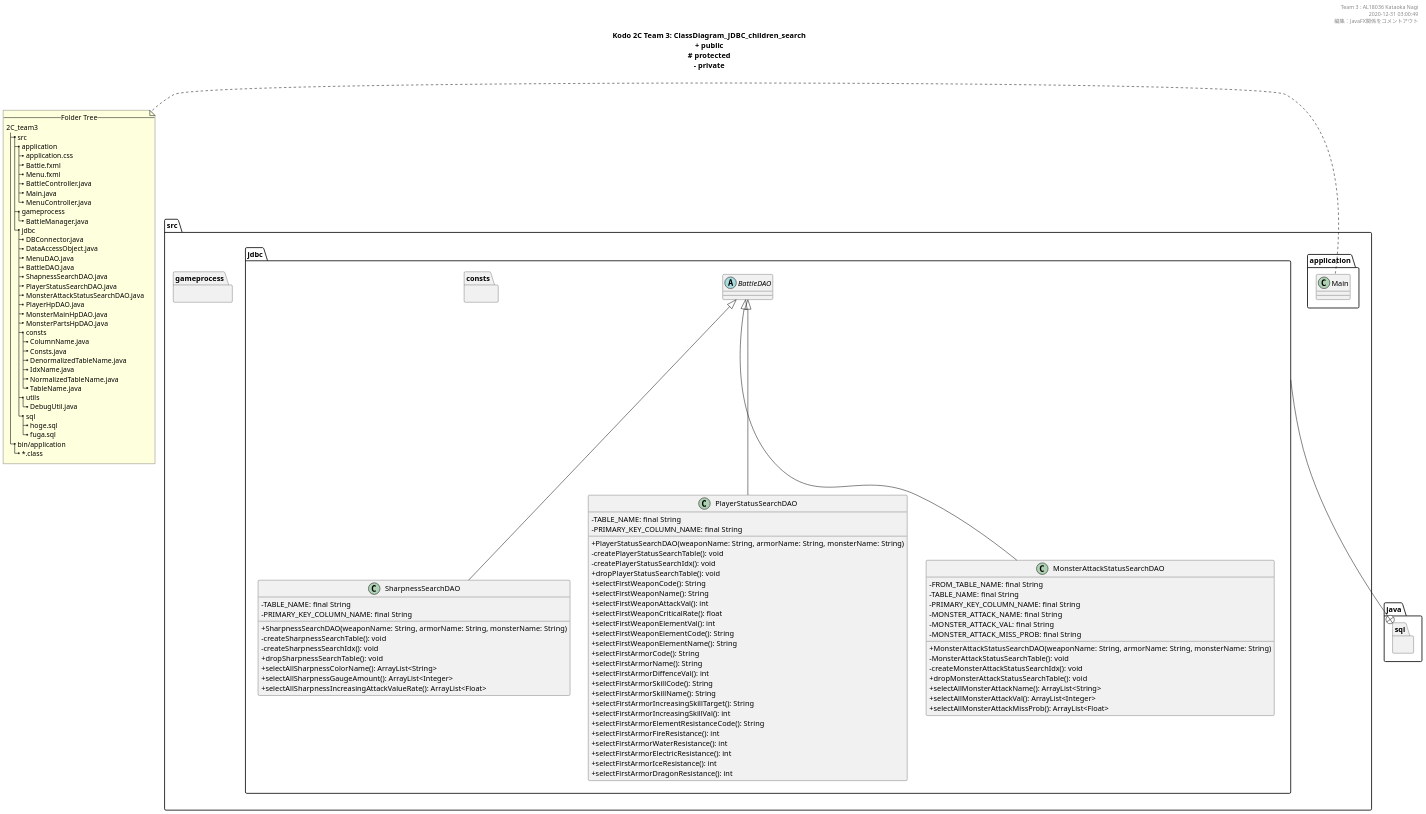
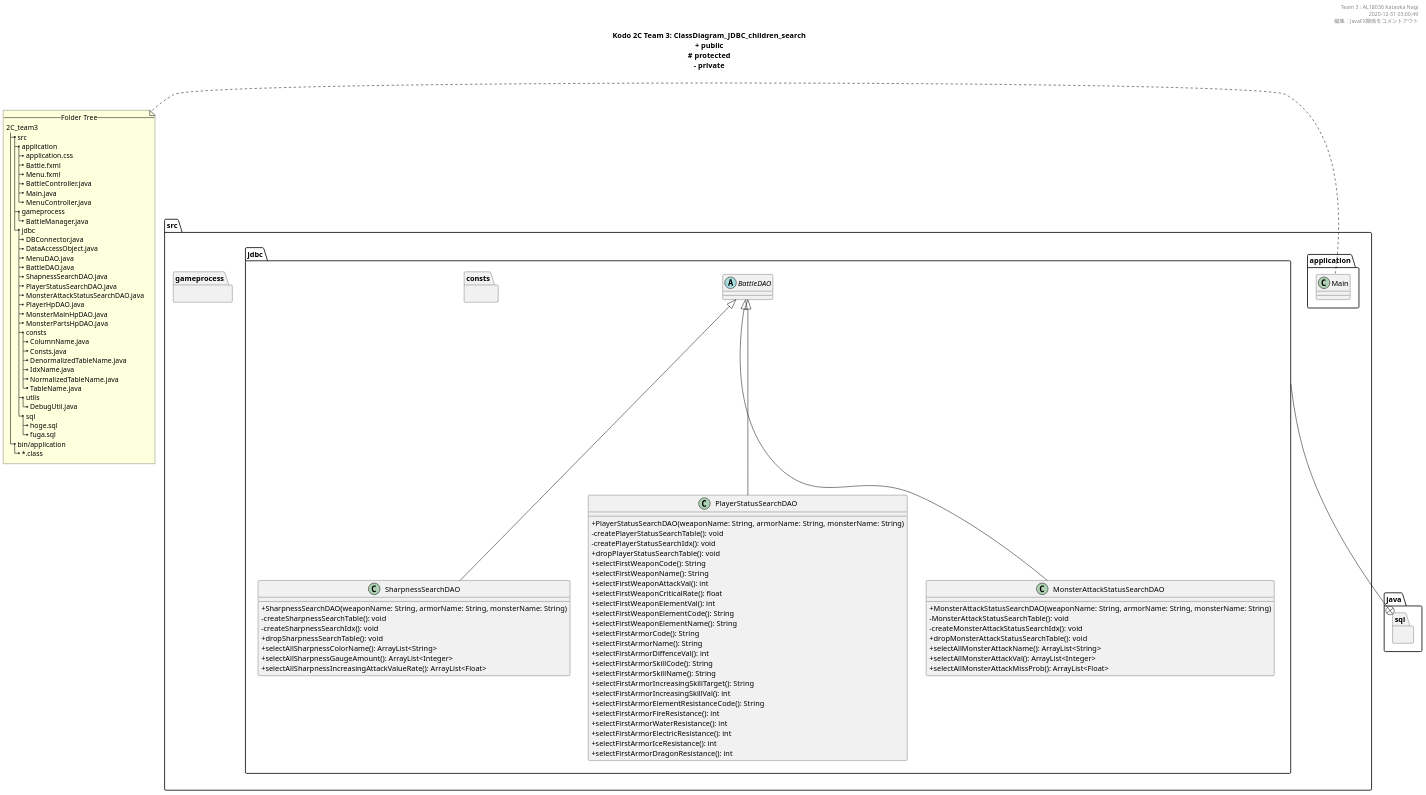
The diagram in uml/ClassDiagram_JDBC_children_search.pu (KataokaNagi/2C_team3), drawn with PlantUML before and after one commit. The commit also changed 12 other files, not shown here.

```diff
--- a/uml/ClassDiagram_JDBC_children_search.pu
+++ b/uml/ClassDiagram_JDBC_children_search.pu
@@ -14,198 +14,198 @@
 @startuml ./out/ClassDiagram_JDBC_children_search.png
 scale 1.5
 skinparam DefaultFontName メイリオ
 ' 可視性の変更
 skinparam classAttributeIconSize 0
 
 ''''''''''''''''''''''''''''''''''''''''''''''''''
 
 header 
 Team 3 : AL18036 Kataoka Nagi
 2020-12-31 03:00:49
 編集：JavaFX関係をコメントアウト
 end header
 
 ''''''''''''''''''''''''''''''''''''''''''''''''''
 
 title
 **Kodo 2C Team 3: ClassDiagram_JDBC_children_search**
 + public
 ~# protected
 ~- private
 end title
 ' __static__
 
 ''''''''''''''''''''''''''''''''''''''''''''''''''''''''''''''''''''''''''''''''
 
 package src {
   package src.application {
     class Main
   }
   package src.gameprocess {
   }
   package src.jdbc {
   }
 }
 
 ''''''''''''''''''''''''''''''''''''''''''''''''''''''''''''''''''''''''''''''''
 
 note left
   --Folder Tree--
   2C_team3
   |_ src
     |_ application
       |_ application.css
       |_ Battle.fxml
       |_ Menu.fxml
       |_ BattleController.java
       |_ Main.java
       |_ MenuController.java
     |_ gameprocess
       |_ BattleManager.java
     |_ jdbc
       |_ DBConnector.java
       |_ DataAccessObject.java
       |_ MenuDAO.java
       |_ BattleDAO.java
       |_ ShapnessSearchDAO.java
       |_ PlayerStatusSearchDAO.java
       |_ MonsterAttackStatusSearchDAO.java
       |_ PlayerHpDAO.java
       |_ MonsterMainHpDAO.java
       |_ MonsterPartsHpDAO.java
       |_ consts
         |_ ColumnName.java
         |_ Consts.java
         |_ DenormalizedTableName.java
         |_ IdxName.java
         |_ NormalizedTableName.java
         |_ TableName.java
       |_ utils
         |_ DebugUtil.java
       |_ sql
         |_ hoge.sql
         |_ fuga.sql
   |_ bin/application
     |_ ~*.class
 end note
 
 ''''''''''''''''''''''''''''''''''''''''''''''''''''''''''''''''''''''''''''''''
 
 package java.sql {
 }
 
 ' package javafx {
 '   class Application
 '   Interface Initializable
 ' }
 
 package src.jdbc {
   package src.jdbc.consts {
   }
 }
 
 src.jdbc --+ java.sql
 ' src.application --+ javafx
 
 ''''''''''''''''''''''''''''''''''''''''''''''''''
 
 ' @note クラスの命名規則
 ' @see  https://qiita.com/KeithYokoma/items/ee21fec6a3ebb5d1e9a8
 
 package src.application {
 }
 
 ' 記事のクラス
   ' class ApplicationController extends Initializable {
   '   - dropDown: ChoiceBox<String>
   '   - textBox: TextField
   '   - button: Button
 
   '   + initialize(location: URL, resources: ResourceBundle): void
   '   + onClick(event: ActionEvent): void
   '   + getToolType(): ChoiceBox<String>
   '   + setToolType(toolType: ChoiceBox<String>): void
   '   + getInputFile(): TextField
   '   + setInputFile(textBox: TextField): void
   '   + getReference(): Button
   '   + setReference(button: Button): void
   ' }
 
 
 ''''''''''''''''''''''''''''''''''''''''''''''''''
 
 package src.gameprocess {
 }
 
 ''''''''''''''''''''''''''''''''''''''''''''''''''
 
 package src.jdbc {
   ' @note DAO pattern
   ' @see https://kanda-it-school-kensyu.com/java-jdbc-contents/jj_ch04/jj_0401/
   abstract class BattleDAO {
   }
 
   class SharpnessSearchDAO extends BattleDAO {
-    - TABLE_NAME: final String
-    - PRIMARY_KEY_COLUMN_NAME: final String
+    ' - TABLE_NAME: final String
+    ' - PRIMARY_KEY_COLUMN_NAME: final String
 
     + SharpnessSearchDAO(weaponName: String, armorName: String, monsterName: String)
     - createSharpnessSearchTable(): void
     - createSharpnessSearchIdx(): void
     + dropSharpnessSearchTable(): void
     + selectAllSharpnessColorName(): ArrayList<String>
     + selectAllSharpnessGaugeAmount(): ArrayList<Integer>
     + selectAllSharpnessIncreasingAttackValueRate(): ArrayList<Float>
   }
 
   class PlayerStatusSearchDAO extends BattleDAO {
-    - TABLE_NAME: final String
-    - PRIMARY_KEY_COLUMN_NAME: final String
+    ' - TABLE_NAME: final String
+    ' - PRIMARY_KEY_COLUMN_NAME: final String
 
     + PlayerStatusSearchDAO(weaponName: String, armorName: String, monsterName: String)
     - createPlayerStatusSearchTable(): void
     - createPlayerStatusSearchIdx(): void
     + dropPlayerStatusSearchTable(): void
     + selectFirstWeaponCode(): String
     + selectFirstWeaponName(): String
     + selectFirstWeaponAttackVal(): int
     + selectFirstWeaponCriticalRate(): float
     + selectFirstWeaponElementVal(): int
     + selectFirstWeaponElementCode(): String
     + selectFirstWeaponElementName(): String
     + selectFirstArmorCode(): String
     + selectFirstArmorName(): String
     + selectFirstArmorDiffenceVal(): int
     + selectFirstArmorSkillCode(): String
     + selectFirstArmorSkillName(): String
     + selectFirstArmorIncreasingSkillTarget(): String
     + selectFirstArmorIncreasingSkillVal(): int
     + selectFirstArmorElementResistanceCode(): String
     + selectFirstArmorFireResistance(): int
     + selectFirstArmorWaterResistance(): int
     + selectFirstArmorElectricResistance(): int
     + selectFirstArmorIceResistance(): int
     + selectFirstArmorDragonResistance(): int
   }
 
   class MonsterAttackStatusSearchDAO extends BattleDAO {
-    - FROM_TABLE_NAME: final String
-    - TABLE_NAME: final String
-    - PRIMARY_KEY_COLUMN_NAME: final String
-    - MONSTER_ATTACK_NAME: final String
-    - MONSTER_ATTACK_VAL: final String
-    - MONSTER_ATTACK_MISS_PROB: final String
+    ' - FROM_TABLE_NAME: final String
+    ' - TABLE_NAME: final String
+    ' - PRIMARY_KEY_COLUMN_NAME: final String
+    ' - MONSTER_ATTACK_NAME: final String
+    ' - MONSTER_ATTACK_VAL: final String
+    ' - MONSTER_ATTACK_MISS_PROB: final String
 
     + MonsterAttackStatusSearchDAO(weaponName: String, armorName: String, monsterName: String)
     - MonsterAttackStatusSearchTable(): void
     - createMonsterAttackStatusSearchIdx(): void
     + dropMonsterAttackStatusSearchTable(): void
     + selectAllMonsterAttackName(): ArrayList<String>
     + selectAllMonsterAttackVal(): ArrayList<Integer>
     + selectAllMonsterAttackMissProb(): ArrayList<Float>
   }
 }
 
 ''''''''''''''''''''''''''''''''''''''''''''''''''''''''''''''''''''''''''''''''
 
 @enduml
```
